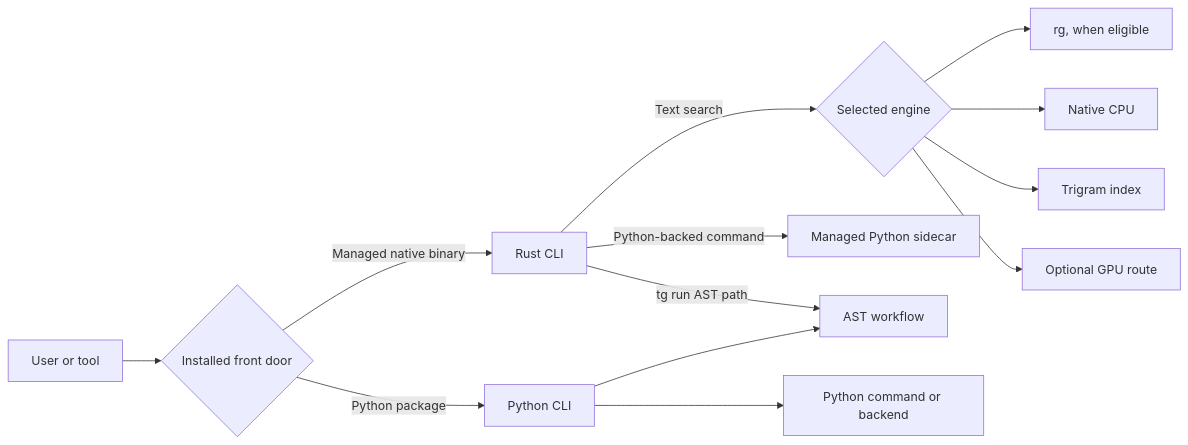
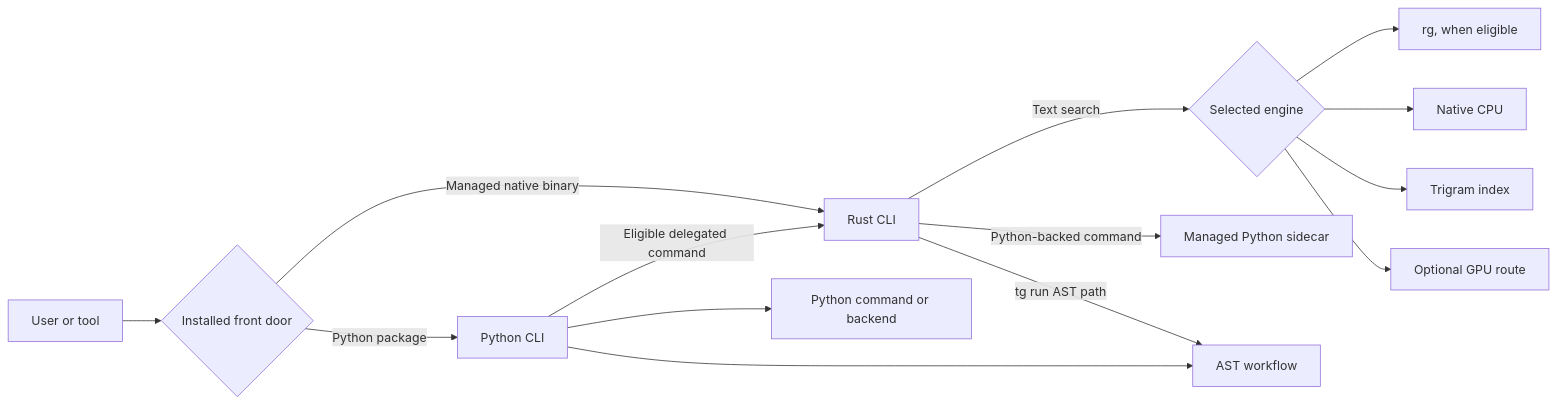
The diagram in docs/architecture.md (oimiragieo/tensor-grep), drawn with Mermaid before and after one commit. The commit also changed other lines of this file and 11 other files, not shown here.

````diff
--- a/docs/architecture.md
+++ b/docs/architecture.md
@@ -7,15 +7,16 @@
 ```mermaid
 flowchart LR
   U[User or tool] --> F{Installed front door}
   F -->|Managed native binary| R[Rust CLI]
   F -->|Python package| P[Python CLI]
+  P -->|Eligible delegated command| R
   R -->|Text search| S{Selected engine}
   S --> RG[rg, when eligible]
   S --> CPU[Native CPU]
   S --> IDX[Trigram index]
   S --> GPU[Optional GPU route]
   R -->|Python-backed command| SIDE[Managed Python sidecar]
   R -->|tg run AST path| AST[AST workflow]
   P --> AST
   P --> OTHER[Python command or backend]
 ```
````
